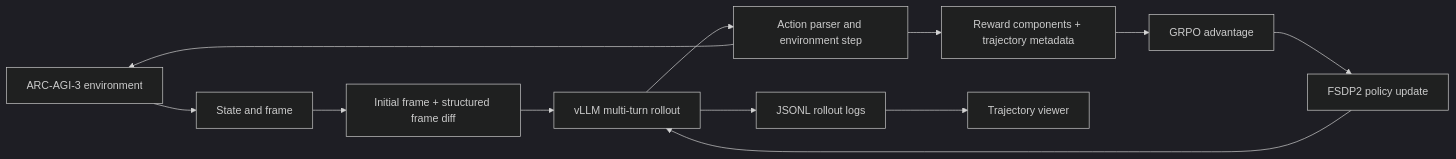
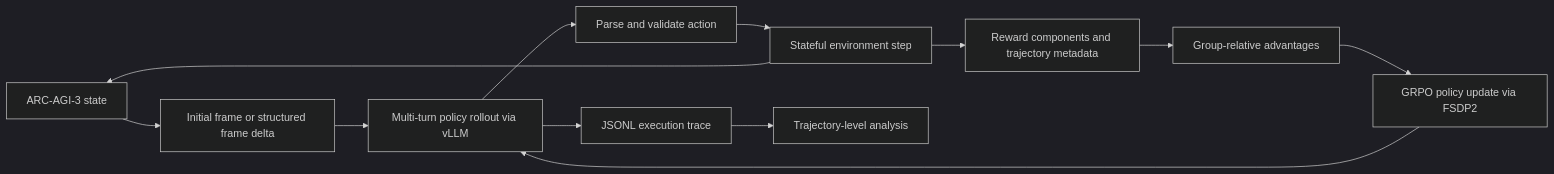
The diagram in README.md (yuran986/arc-agi-3-agent-post-training), drawn with Mermaid (dark theme) before and after one commit. The commit also changed other lines of this file and 1 other file, not shown here.

````diff
--- a/README.md
+++ b/README.md
@@ -58,14 +26,14 @@
 ```mermaid
 flowchart LR
-    A[ARC-AGI-3 environment] --> B[State and frame]
-    B --> C[Initial frame + structured frame diff]
-    C --> D[vLLM multi-turn rollout]
-    D --> E[Action parser and environment step]
+    A[ARC-AGI-3 state] --> B[Initial frame or structured frame delta]
+    B --> C[Multi-turn policy rollout via vLLM]
+    C --> D[Parse and validate action]
+    D --> E[Stateful environment step]
     E --> A
-    E --> F[Reward components + trajectory metadata]
-    F --> G[GRPO advantage]
-    G --> H[FSDP2 policy update]
-    H --> D
-    D --> I[JSONL rollout logs]
-    I --> J[Trajectory viewer]
+    E --> F[Reward components and trajectory metadata]
+    F --> G[Group-relative advantages]
+    G --> H[GRPO policy update via FSDP2]
+    H --> C
+    C --> I[JSONL execution trace]
+    I --> J[Trajectory-level analysis]
 ```
````
